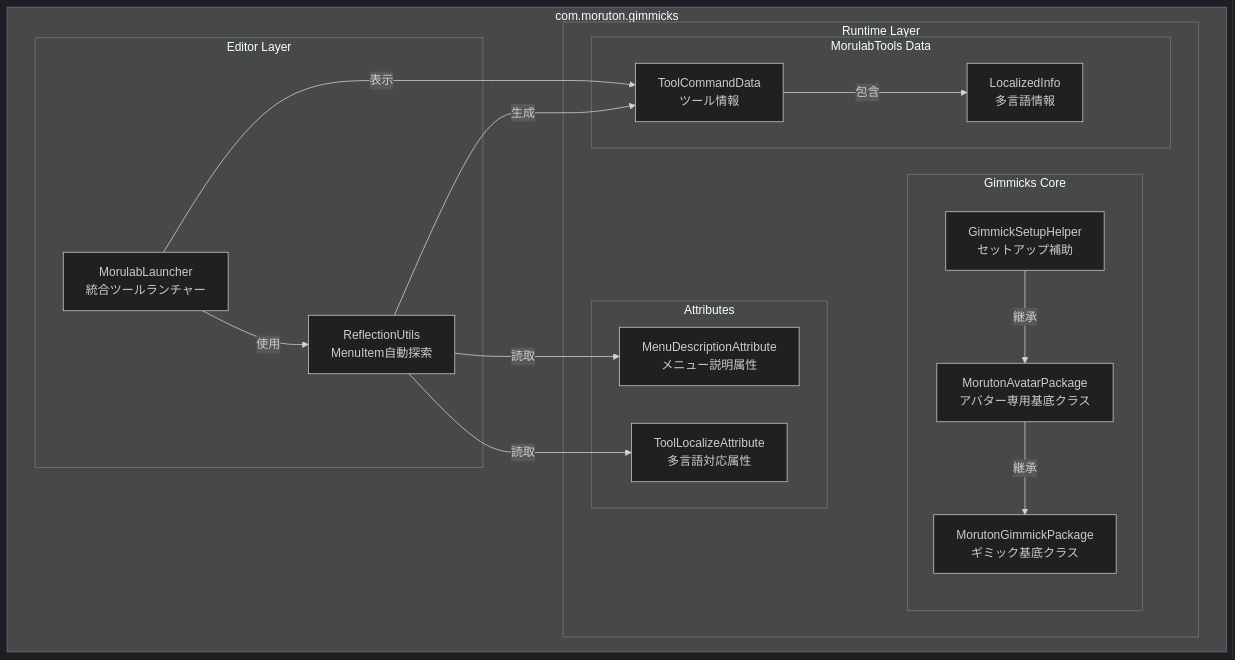
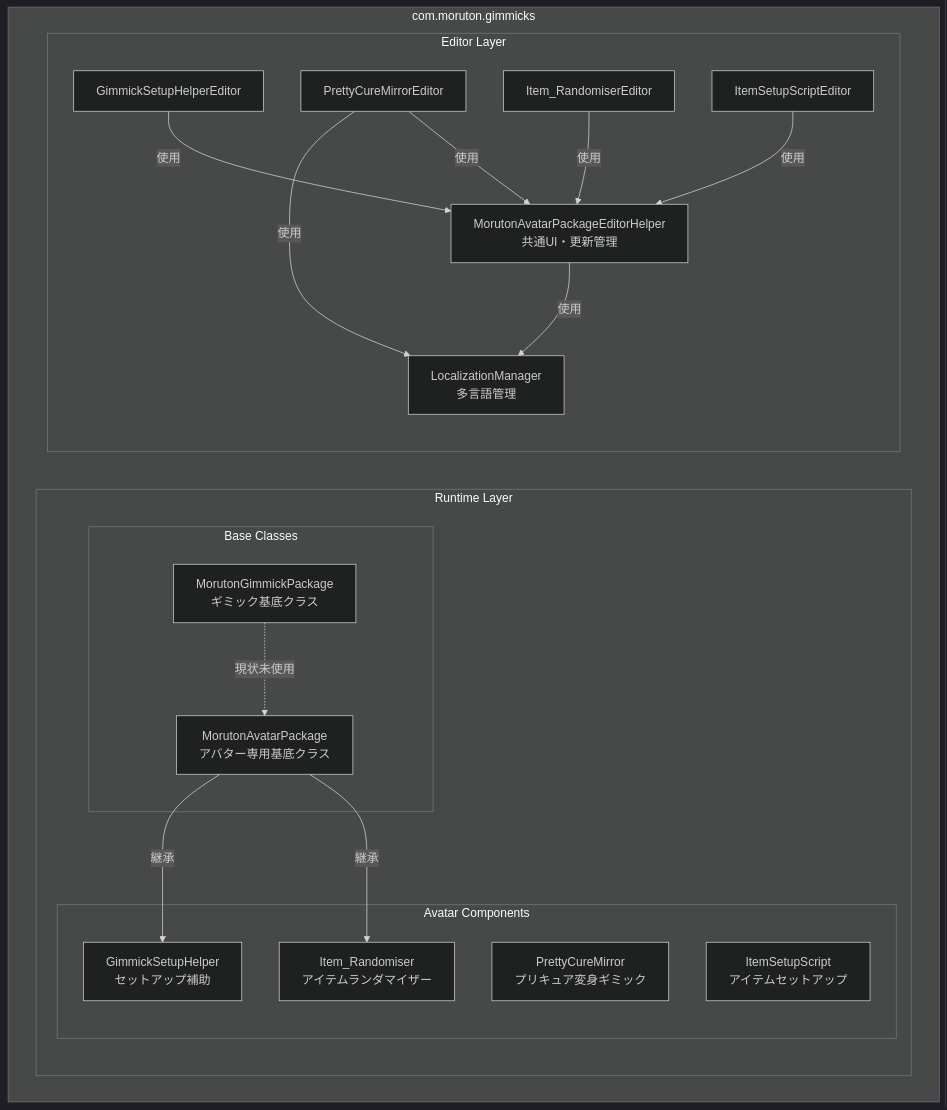
The first of 7 diagrams in Documentation/Architecture.md (moruton1119/com.moruton.gimmicks), drawn with Mermaid (dark theme) before and after one commit. The commit also changed other lines of this file and 2 other files, not shown here.

````diff
--- a/Documentation/Architecture.md
+++ b/Documentation/Architecture.md
@@ -5,37 +5,38 @@
 ```mermaid
 graph TB
     subgraph "com.moruton.gimmicks"
         subgraph Runtime["Runtime Layer"]
-            subgraph Gimmicks["Gimmicks Core"]
+            subgraph BaseClasses["Base Classes"]
                 MorutonGimmickPackage["MorutonGimmickPackage<br/>ギミック基底クラス"]
                 MorutonAvatarPackage["MorutonAvatarPackage<br/>アバター専用基底クラス"]
-                GimmickSetupHelper["GimmickSetupHelper<br/>セットアップ補助"]
             end
             
-            subgraph MorulabToolsData["MorulabTools Data"]
-                ToolCommandData["ToolCommandData<br/>ツール情報"]
-                LocalizedInfo["LocalizedInfo<br/>多言語情報"]
-            end
-            
-            subgraph Attributes["Attributes"]
-                MenuDescriptionAttr["MenuDescriptionAttribute<br/>メニュー説明属性"]
-                ToolLocalizeAttr["ToolLocalizeAttribute<br/>多言語対応属性"]
+            subgraph AvatarComponents["Avatar Components"]
+                GimmickSetupHelper["GimmickSetupHelper<br/>セットアップ補助"]
+                PrettyCureMirror["PrettyCureMirror<br/>プリキュア変身ギミック"]
+                Item_Randomiser["Item_Randomiser<br/>アイテムランダマイザー"]
+                ItemSetupScript["ItemSetupScript<br/>アイテムセットアップ"]
             end
         end
         
         subgraph Editor["Editor Layer"]
-            MorulabLauncher["MorulabLauncher<br/>統合ツールランチャー"]
-            ReflectionUtils["ReflectionUtils<br/>MenuItem自動探索"]
+            LocalizationManager["LocalizationManager<br/>多言語管理"]
+            MorutonAvatarPackageEditorHelper["MorutonAvatarPackageEditorHelper<br/>共通UI・更新管理"]
+            GimmickSetupHelperEditor["GimmickSetupHelperEditor"]
+            PrettyCureMirrorEditor["PrettyCureMirrorEditor"]
+            Item_RandomiserEditor["Item_RandomiserEditor"]
+            ItemSetupScriptEditor["ItemSetupScriptEditor"]
         end
     end
     
-    MorutonAvatarPackage -->|継承| MorutonGimmickPackage
-    GimmickSetupHelper -->|継承| MorutonAvatarPackage
+    MorutonAvatarPackage -->|継承| GimmickSetupHelper
+    MorutonAvatarPackage -->|継承| Item_Randomiser
+    MorutonGimmickPackage -.->|現状未使用| MorutonAvatarPackage
     
-    MorulabLauncher -->|使用| ReflectionUtils
-    MorulabLauncher -->|表示| ToolCommandData
-    ReflectionUtils -->|生成| ToolCommandData
-    ToolCommandData -->|包含| LocalizedInfo
-    ReflectionUtils -->|読取| MenuDescriptionAttr
-    ReflectionUtils -->|読取| ToolLocalizeAttr
+    MorutonAvatarPackageEditorHelper -->|使用| LocalizationManager
+    GimmickSetupHelperEditor -->|使用| MorutonAvatarPackageEditorHelper
+    PrettyCureMirrorEditor -->|使用| MorutonAvatarPackageEditorHelper
+    PrettyCureMirrorEditor -->|使用| LocalizationManager
+    Item_RandomiserEditor -->|使用| MorutonAvatarPackageEditorHelper
+    ItemSetupScriptEditor -->|使用| MorutonAvatarPackageEditorHelper
 ```
````
